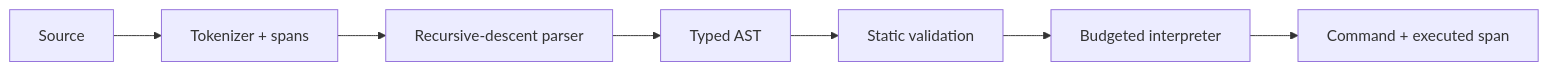
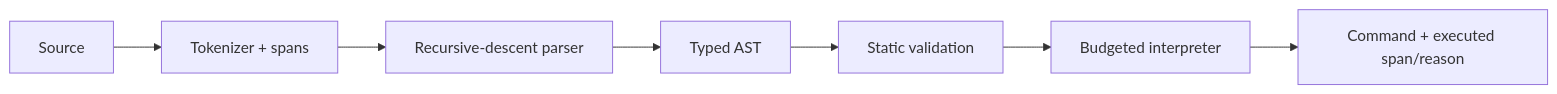
The second of 2 diagrams in docs/ARCHITECTURE.md (ogzkaann/swarm-script), drawn with Mermaid before and after one commit. The commit also changed other lines of this file and 36 other files, not shown here.

````diff
--- a/docs/ARCHITECTURE.md
+++ b/docs/ARCHITECTURE.md
@@ -30,9 +60,9 @@
 ```mermaid
 flowchart LR
   S["Source"] --> T["Tokenizer + spans"]
   T --> P["Recursive-descent parser"]
   P --> A["Typed AST"]
   A --> V["Static validation"]
   V --> I["Budgeted interpreter"]
-  I --> D["Command + executed span"]
+  I --> D["Command + executed span/reason"]
 ```
````
